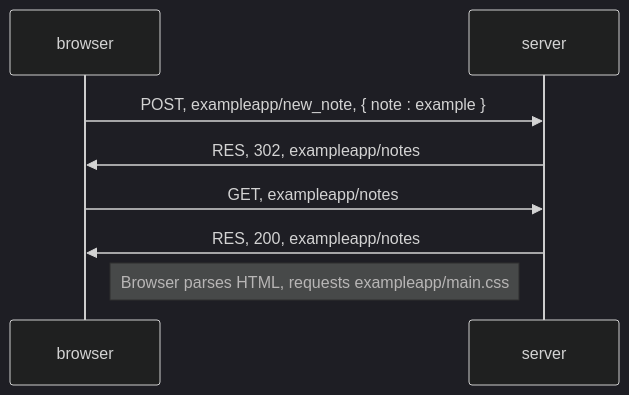
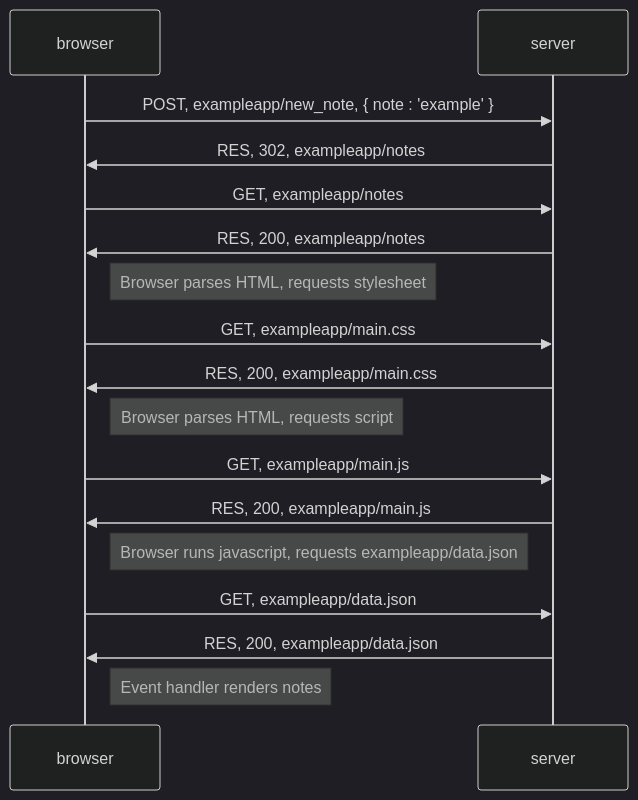
The diagram in 0.4/newnotediagram.md (haydenlester/part0), drawn with Mermaid (dark theme) before and after one commit.

````diff
--- a/0.4/newnotediagram.md
+++ b/0.4/newnotediagram.md
@@ -1,8 +1,17 @@
 ```mermaid
 sequenceDiagram
-browser->>server: POST, exampleapp/new_note, { note : example }
+browser->>server: POST, exampleapp/new_note, { note : 'example' }
 server->>browser: RES, 302, exampleapp/notes
 browser->>server: GET, exampleapp/notes
 server->>browser: RES, 200, exampleapp/notes
-Note right of browser: Browser parses HTML, requests exampleapp/main.css
+Note right of browser: Browser parses HTML, requests stylesheet
+browser->>server: GET, exampleapp/main.css
+server->>browser: RES, 200, exampleapp/main.css
+Note right of browser: Browser parses HTML, requests script
+browser->>server: GET, exampleapp/main.js
+server->>browser: RES, 200, exampleapp/main.js
+Note right of browser: Browser runs javascript, requests exampleapp/data.json
+browser->>server: GET, exampleapp/data.json
+server->>browser: RES, 200, exampleapp/data.json
+Note right of browser: Event handler renders notes
 ```
````
